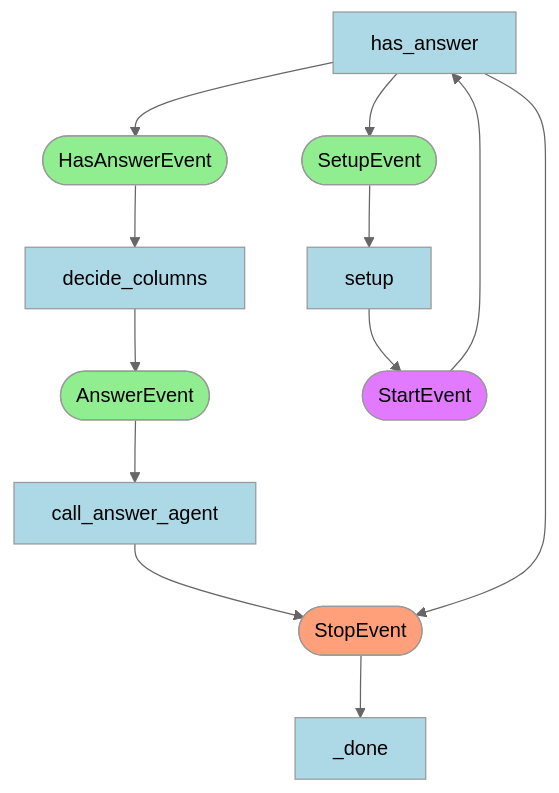
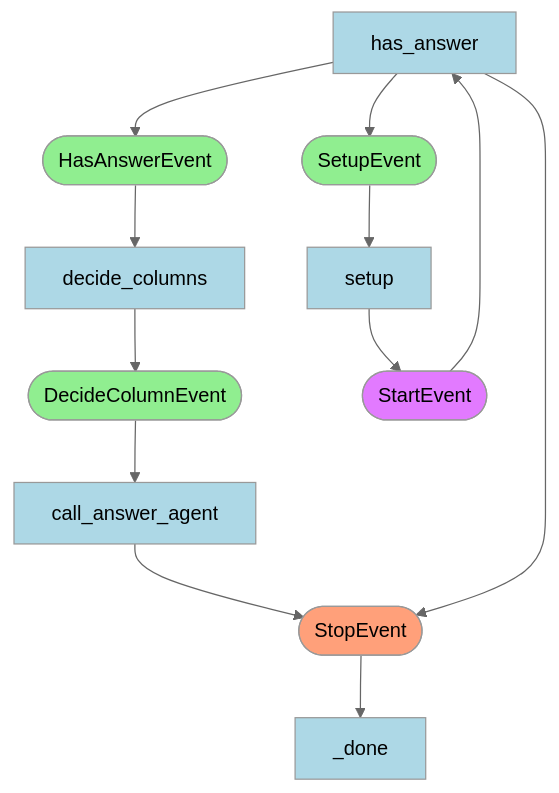
Before and after one commit to therealcyberlord/PandasFlow: the diagram in diagrams/pandas_agent_workflow.mermaid, drawn with Mermaid (neutral theme). The commit also changed 4 other files, not shown here.

Commit message:
chore: update agent diagram

```diff
--- a/diagrams/pandas_agent_workflow.mermaid
+++ b/diagrams/pandas_agent_workflow.mermaid
@@ -1,35 +1,35 @@
 flowchart TD
     step__done["_done"]:::stepStyle
     event_StopEvent(["StopEvent"]):::stopEventStyle
     step_call_answer_agent["call_answer_agent"]:::stepStyle
-    event_AnswerEvent(["AnswerEvent"]):::defaultEventStyle
+    event_DecideColumnEvent(["DecideColumnEvent"]):::defaultEventStyle
     step_decide_columns["decide_columns"]:::stepStyle
     event_HasAnswerEvent(["HasAnswerEvent"]):::defaultEventStyle
     step_has_answer["has_answer"]:::stepStyle
     event_StartEvent(["StartEvent"]):::startEventStyle
     event_SetupEvent(["SetupEvent"]):::defaultEventStyle
     step_setup["setup"]:::stepStyle
     event_StopEvent --> step__done
     step_call_answer_agent --> event_StopEvent
-    event_AnswerEvent --> step_call_answer_agent
-    step_decide_columns --> event_AnswerEvent
+    event_DecideColumnEvent --> step_call_answer_agent
+    step_decide_columns --> event_DecideColumnEvent
     event_HasAnswerEvent --> step_decide_columns
     step_has_answer --> event_SetupEvent
     step_has_answer --> event_HasAnswerEvent
     step_has_answer --> event_StopEvent
     event_StartEvent --> step_has_answer
     step_setup --> event_StartEvent
     event_SetupEvent --> step_setup
     classDef stepStyle fill:#ADD8E6,color:#000000,line-height:1.2
     classDef externalStyle fill:#BEDAE4,color:#000000,line-height:1.2
     classDef startEventStyle fill:#E27AFF,color:#000000
     classDef stopEventStyle fill:#FFA07A,color:#000000
     classDef defaultEventStyle fill:#90EE90,color:#000000
     classDef reactAgentStyle fill:#E27AFF,color:#000000
     classDef codeActAgentStyle fill:#66ccff,color:#000000
     classDef defaultAgentStyle fill:#90EE90,color:#000000
     classDef toolStyle fill:#ff9966,color:#000000
     classDef workflowBaseStyle fill:#90EE90,color:#000000
     classDef workflowAgentStyle fill:#66ccff,color:#000000
     classDef workflowToolStyle fill:#ff9966,color:#000000
     classDef workflowHandoffStyle fill:#E27AFF,color:#000000
```
